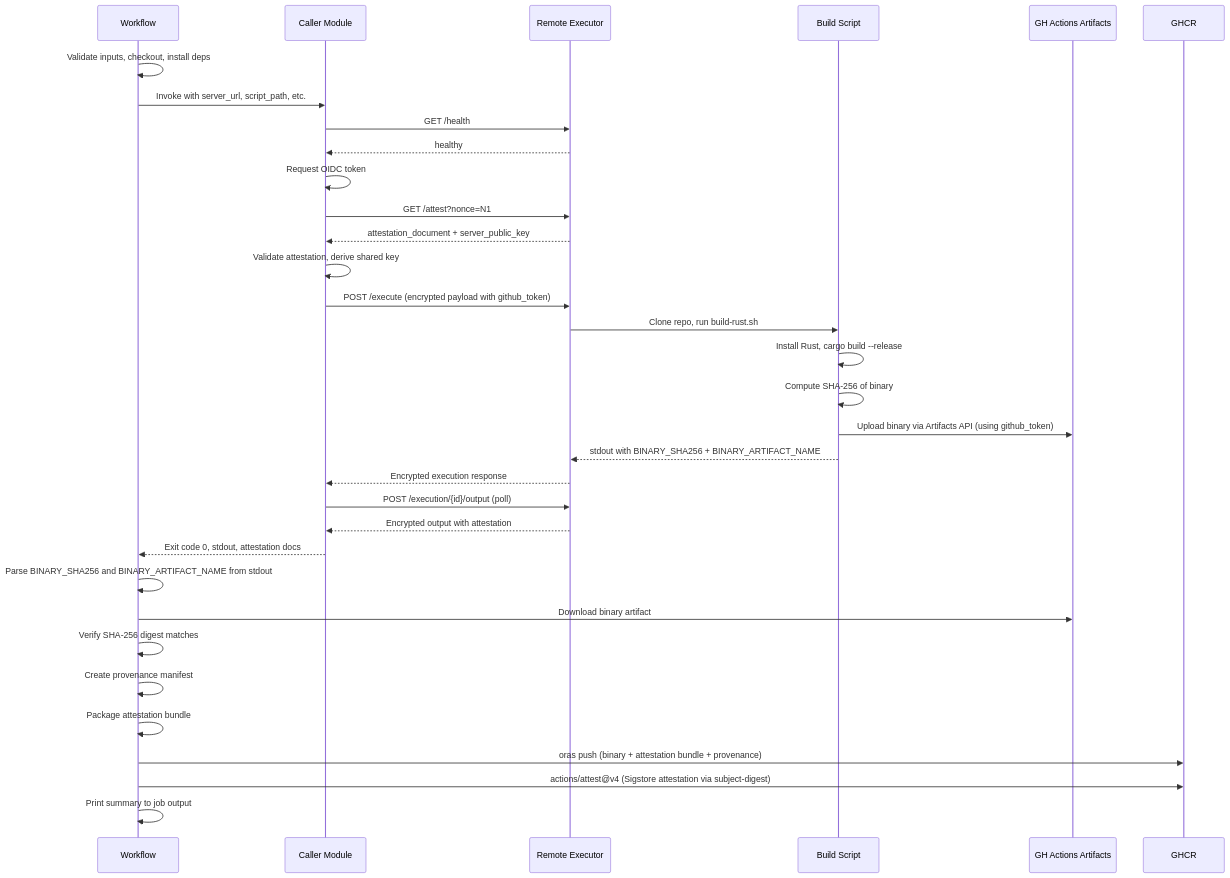
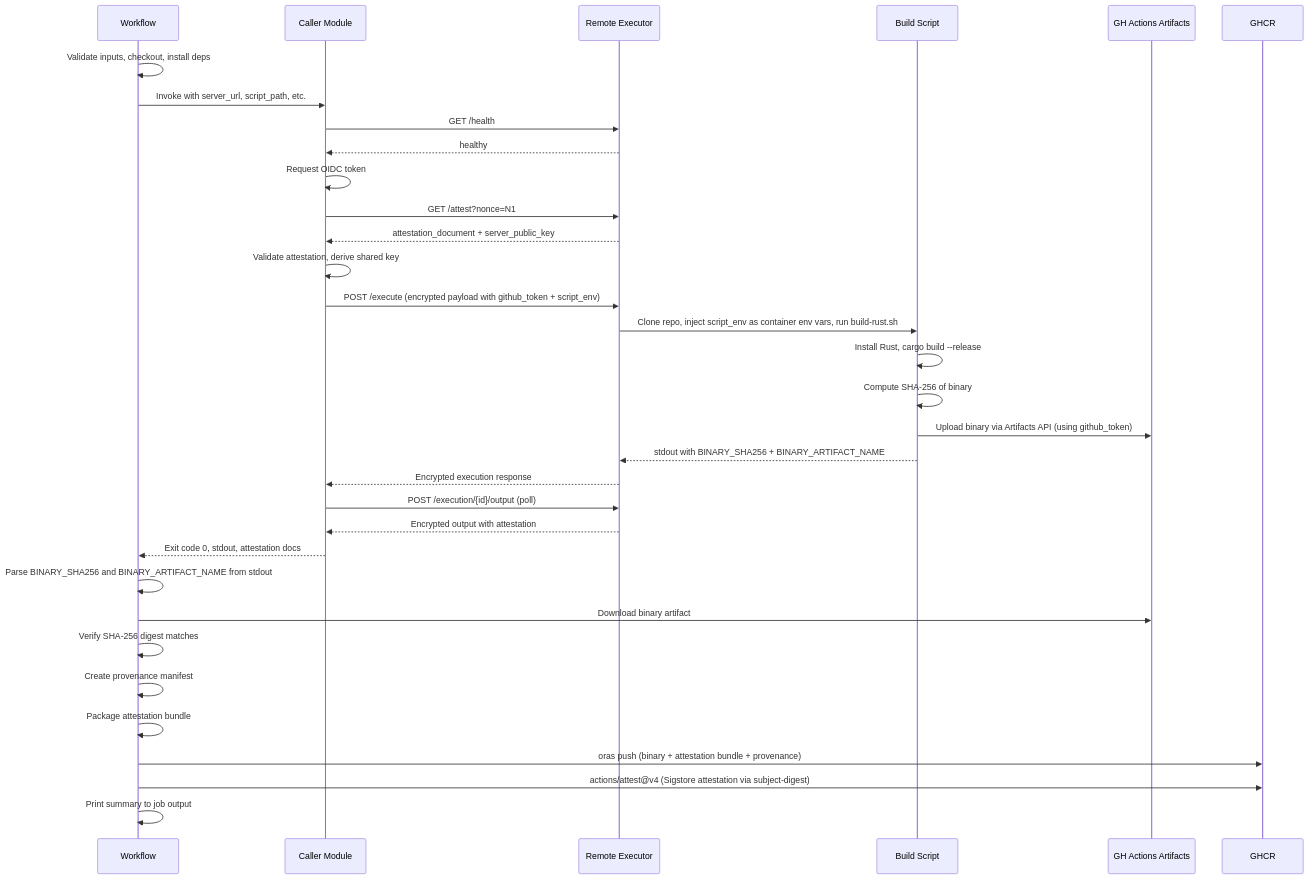
One commit to richardfan1126/github-runner-ec2-attestation-rust-build-demo changed the second of 2 diagrams in .kiro/specs/rust-attestated-build/design.md. Above: the diagram before and after it, drawn with Mermaid. The commit also changed other lines of this file and 2 other files, not shown here.

Commit message:
spec: add script_env forwarding to pass GitHub Actions runtime env vars to Remote Executor containers (Req 10, Tasks 10-11)

````diff
--- a/.kiro/specs/rust-attestated-build/design.md
+++ b/.kiro/specs/rust-attestated-build/design.md
@@ -65,36 +65,36 @@
 ```mermaid
 sequenceDiagram
     participant WF as Workflow
     participant CALLER as Caller Module
     participant RE as Remote Executor
     participant BS as Build Script
     participant ART as GH Actions Artifacts
     participant GHCR as GHCR
 
     WF->>WF: Validate inputs, checkout, install deps
     WF->>CALLER: Invoke with server_url, script_path, etc.
     CALLER->>RE: GET /health
     RE-->>CALLER: healthy
     CALLER->>CALLER: Request OIDC token
     CALLER->>RE: GET /attest?nonce=N1
     RE-->>CALLER: attestation_document + server_public_key
     CALLER->>CALLER: Validate attestation, derive shared key
-    CALLER->>RE: POST /execute (encrypted payload with github_token)
-    RE->>BS: Clone repo, run build-rust.sh
+    CALLER->>RE: POST /execute (encrypted payload with github_token + script_env)
+    RE->>BS: Clone repo, inject script_env as container env vars, run build-rust.sh
     BS->>BS: Install Rust, cargo build --release
     BS->>BS: Compute SHA-256 of binary
     BS->>ART: Upload binary via Artifacts API (using github_token)
     BS-->>RE: stdout with BINARY_SHA256 + BINARY_ARTIFACT_NAME
     RE-->>CALLER: Encrypted execution response
     CALLER->>RE: POST /execution/{id}/output (poll)
     RE-->>CALLER: Encrypted output with attestation
     CALLER-->>WF: Exit code 0, stdout, attestation docs
     WF->>WF: Parse BINARY_SHA256 and BINARY_ARTIFACT_NAME from stdout
     WF->>ART: Download binary artifact
     WF->>WF: Verify SHA-256 digest matches
     WF->>WF: Create provenance manifest
     WF->>WF: Package attestation bundle
     WF->>GHCR: oras push (binary + attestation bundle + provenance)
     WF->>GHCR: actions/attest@v4 (Sigstore attestation via subject-digest)
     WF->>WF: Print summary to job output
 ```
````
